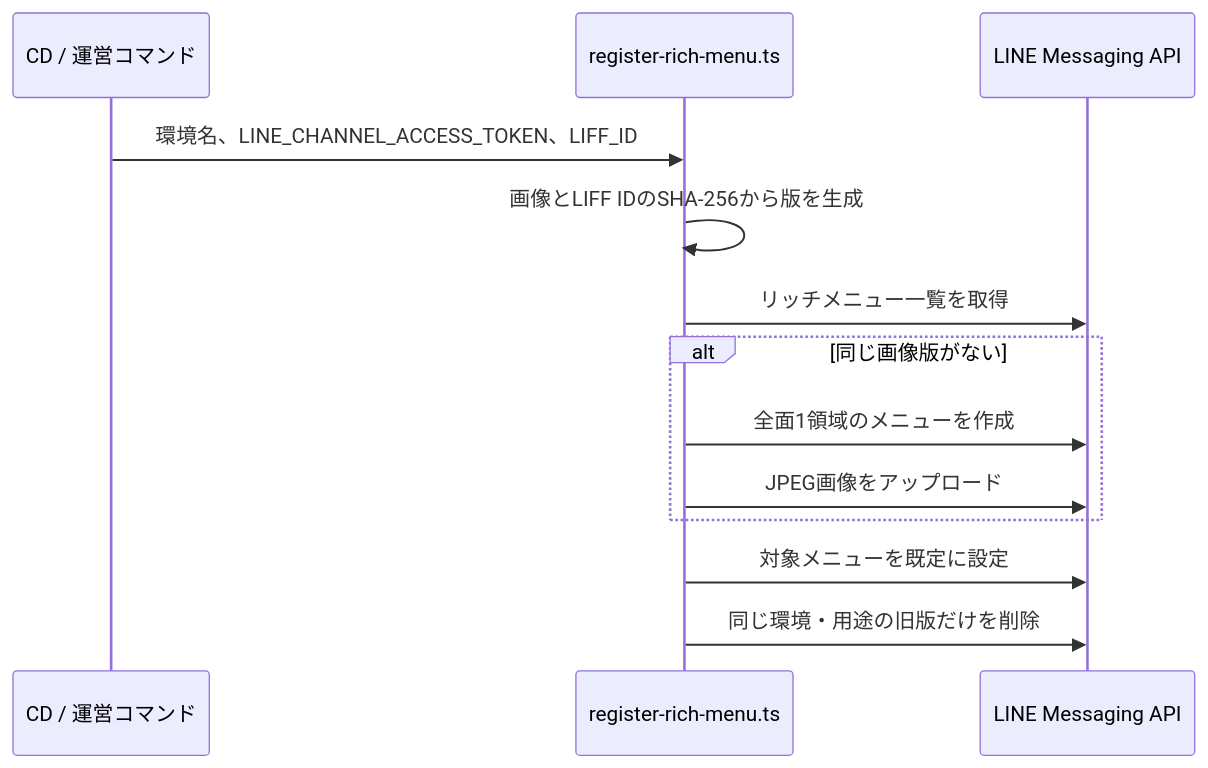
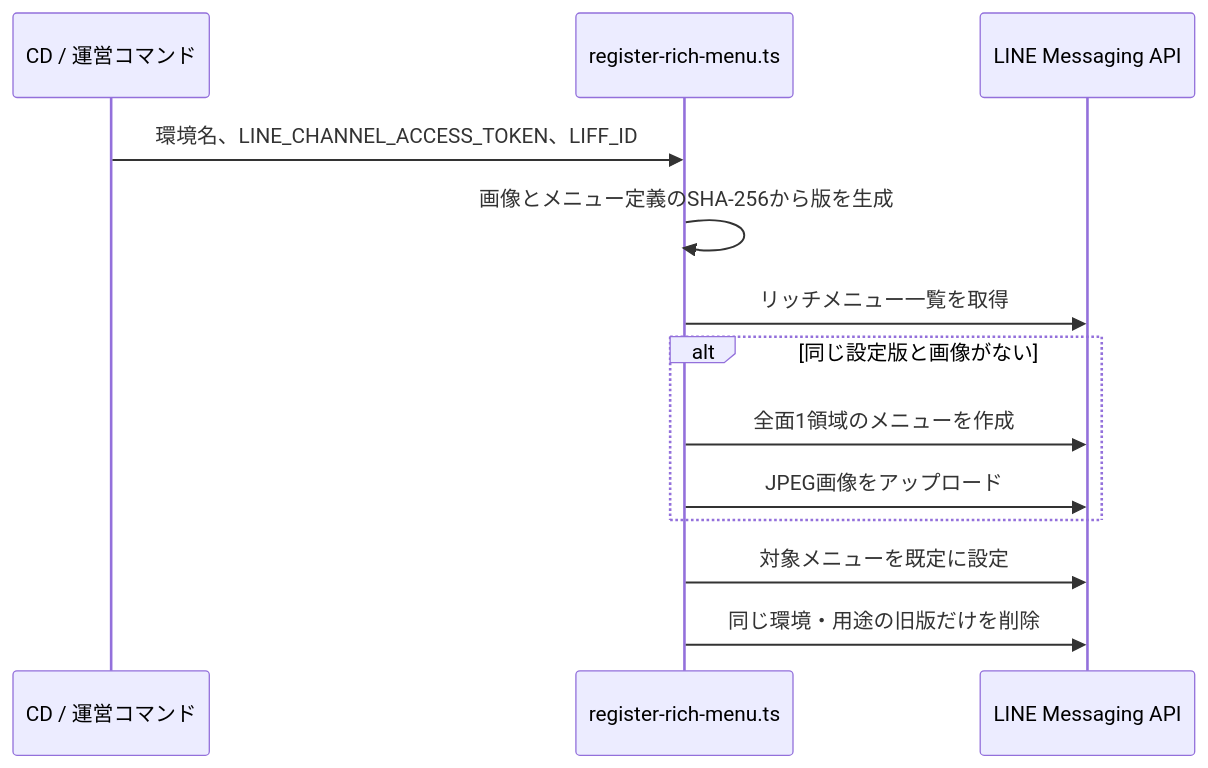
One commit to kkyosuke/me-builder changed the diagram in docs/development/line-rich-menu.md. Above: the diagram before and after it, drawn with Mermaid. The commit also changed other lines of this file and 3 other files, not shown here.

````diff
--- a/docs/development/line-rich-menu.md
+++ b/docs/development/line-rich-menu.md
@@ -13,16 +13,16 @@
 ```mermaid
 sequenceDiagram
     participant CD as CD / 運営コマンド
     participant Script as register-rich-menu.ts
     participant LINE as LINE Messaging API
 
     CD->>Script: 環境名、LINE_CHANNEL_ACCESS_TOKEN、LIFF_ID
-    Script->>Script: 画像とLIFF IDのSHA-256から版を生成
+    Script->>Script: 画像とメニュー定義のSHA-256から版を生成
     Script->>LINE: リッチメニュー一覧を取得
-    alt 同じ画像版がない
+    alt 同じ設定版と画像がない
         Script->>LINE: 全面1領域のメニューを作成
         Script->>LINE: JPEG画像をアップロード
     end
     Script->>LINE: 対象メニューを既定に設定
     Script->>LINE: 同じ環境・用途の旧版だけを削除
 ```
````
